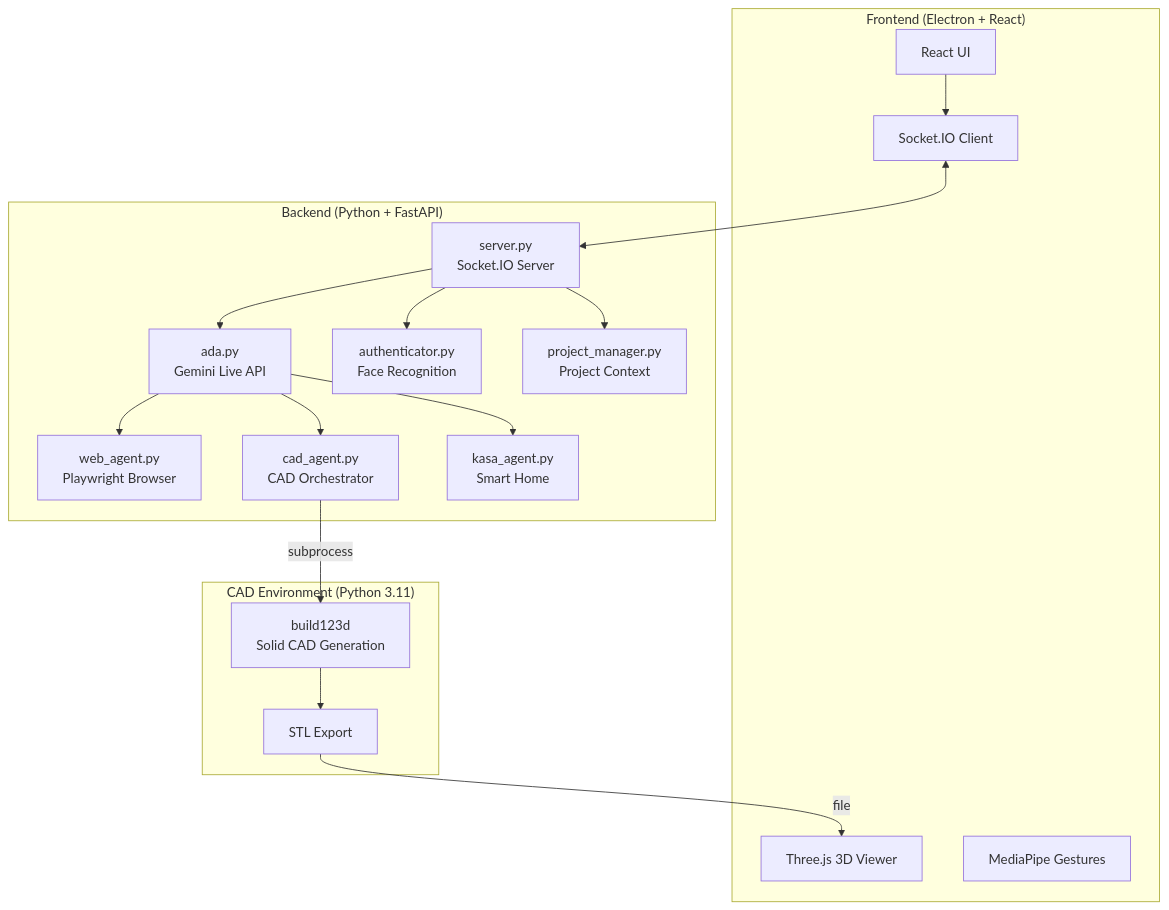
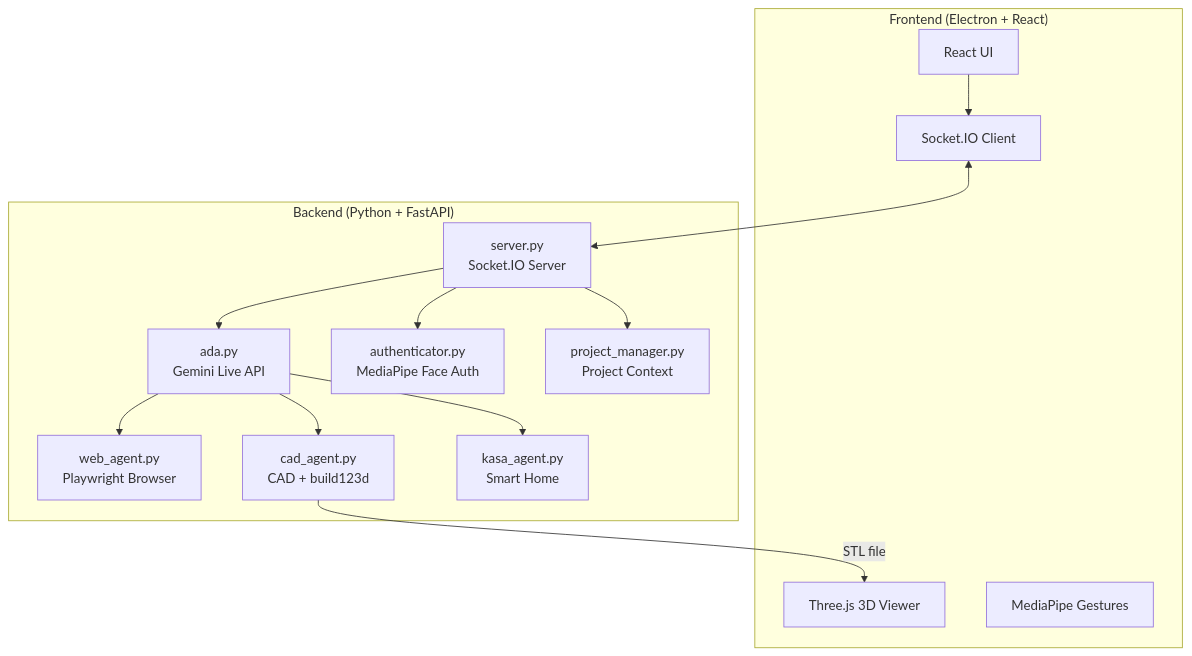
The diagram in README.md (mazwisprojects/Friday-AI-Assistant), drawn with Mermaid before and after one commit. The commit also changed other lines of this file and 4 other files, not shown here.

Commit message:
feat: Migrate face authentication from `face_recognition` to `MediaPipe Face Landmarker` and simplify environment setup.

````diff
--- a/README.md
+++ b/README.md
@@ -43,36 +43,29 @@
 ```mermaid
 graph TB
     subgraph Frontend ["Frontend (Electron + React)"]
         UI[React UI]
         THREE[Three.js 3D Viewer]
         GESTURE[MediaPipe Gestures]
         SOCKET_C[Socket.IO Client]
     end
     
     subgraph Backend ["Backend (Python + FastAPI)"]
         SERVER[server.py<br/>Socket.IO Server]
         ADA[ada.py<br/>Gemini Live API]
         WEB[web_agent.py<br/>Playwright Browser]
-        CAD[cad_agent.py<br/>CAD Orchestrator]
+        CAD[cad_agent.py<br/>CAD + build123d]
         KASA[kasa_agent.py<br/>Smart Home]
-        AUTH[authenticator.py<br/>Face Recognition]
+        AUTH[authenticator.py<br/>MediaPipe Face Auth]
         PM[project_manager.py<br/>Project Context]
-    end
-    
-    subgraph CAD_ENV ["CAD Environment (Python 3.11)"]
-        BUILD123D[build123d<br/>Solid CAD Generation]
-        STL[STL Export]
     end
     
     UI --> SOCKET_C
     SOCKET_C <--> SERVER
     SERVER --> ADA
     ADA --> WEB
     ADA --> CAD
     ADA --> KASA
     SERVER --> AUTH
     SERVER --> PM
-    CAD -->|subprocess| BUILD123D
-    BUILD123D --> STL
-    STL -->|file| THREE
+    CAD -->|STL file| THREE
 ```
````
